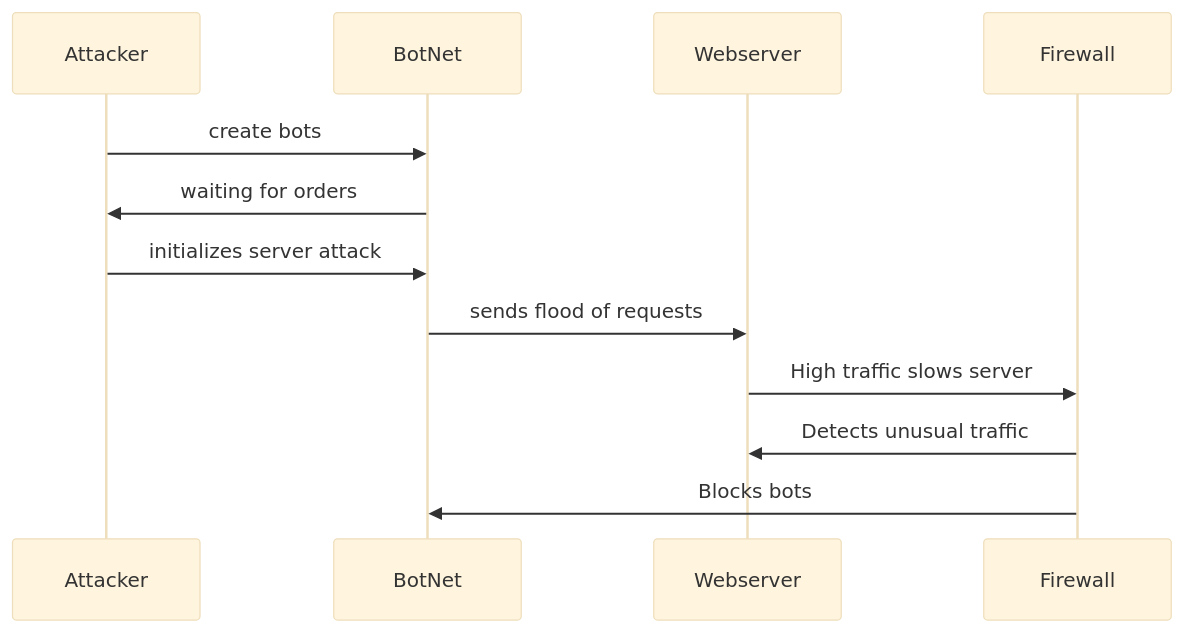
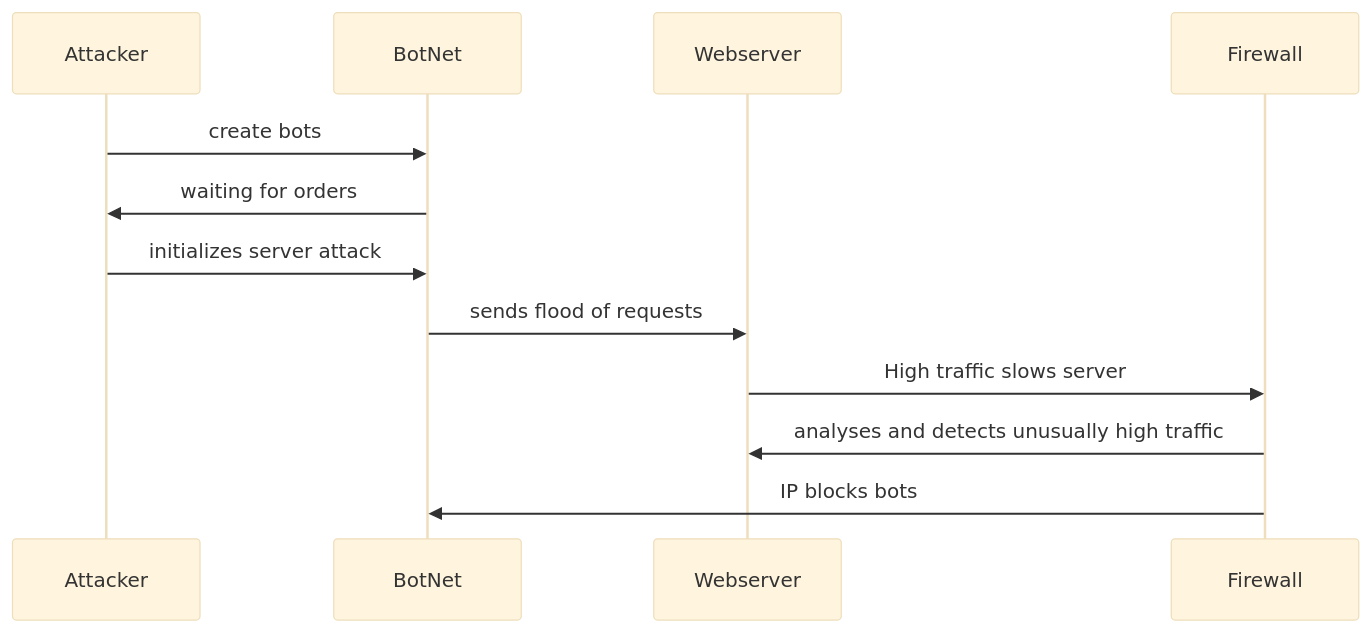
The diagram in DDoS_Attack_Sequence.md (G-Marotta/Flowchart), drawn with Mermaid (base theme) before and after one commit. The commit also changed other lines of this file, not shown here.

````diff
--- a/DDoS_Attack_Sequence.md
+++ b/DDoS_Attack_Sequence.md
@@ -2,14 +2,14 @@
 ```mermaid
 sequenceDiagram
     participant Attacker
     participant BotNet
     participant Webserver
     participant Firewall
     Attacker->>BotNet: create bots
     BotNet->>Attacker: waiting for orders
     Attacker->>BotNet: initializes server attack
     BotNet->>Webserver: sends flood of requests
     Webserver->>Firewall: High traffic slows server
-    Firewall->>Webserver: Detects unusual traffic
-    Firewall->>BotNet: Blocks bots
+    Firewall->>Webserver: analyses and detects unusually high traffic
+    Firewall->>BotNet: IP blocks bots
 ```
````
